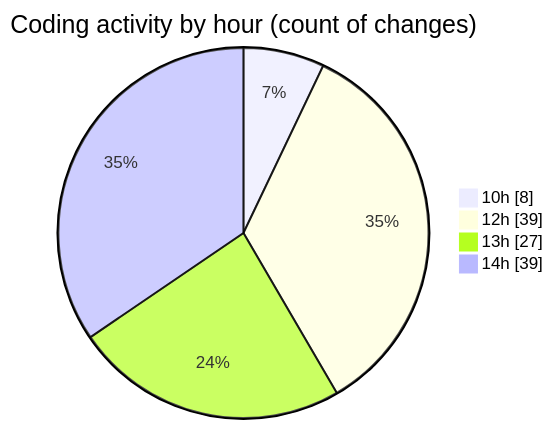
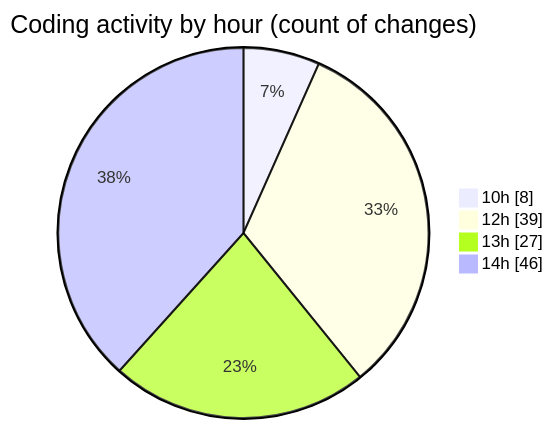
The second of 2 diagrams in 2025-05-02/cda/README.md (momahboobian/code-tracking), drawn with Mermaid before and after one commit. The commit also changed other lines of this file and 1 other file, not shown here.

````diff
--- a/2025-05-02/cda/README.md
+++ b/2025-05-02/cda/README.md
@@ -40,8 +40,8 @@
 ```mermaid
 pie showData
 title Coding activity by hour (count of changes)
 "10h" : 8
 "12h" : 39
 "13h" : 27
-"14h" : 39
+"14h" : 46
 ```
````
